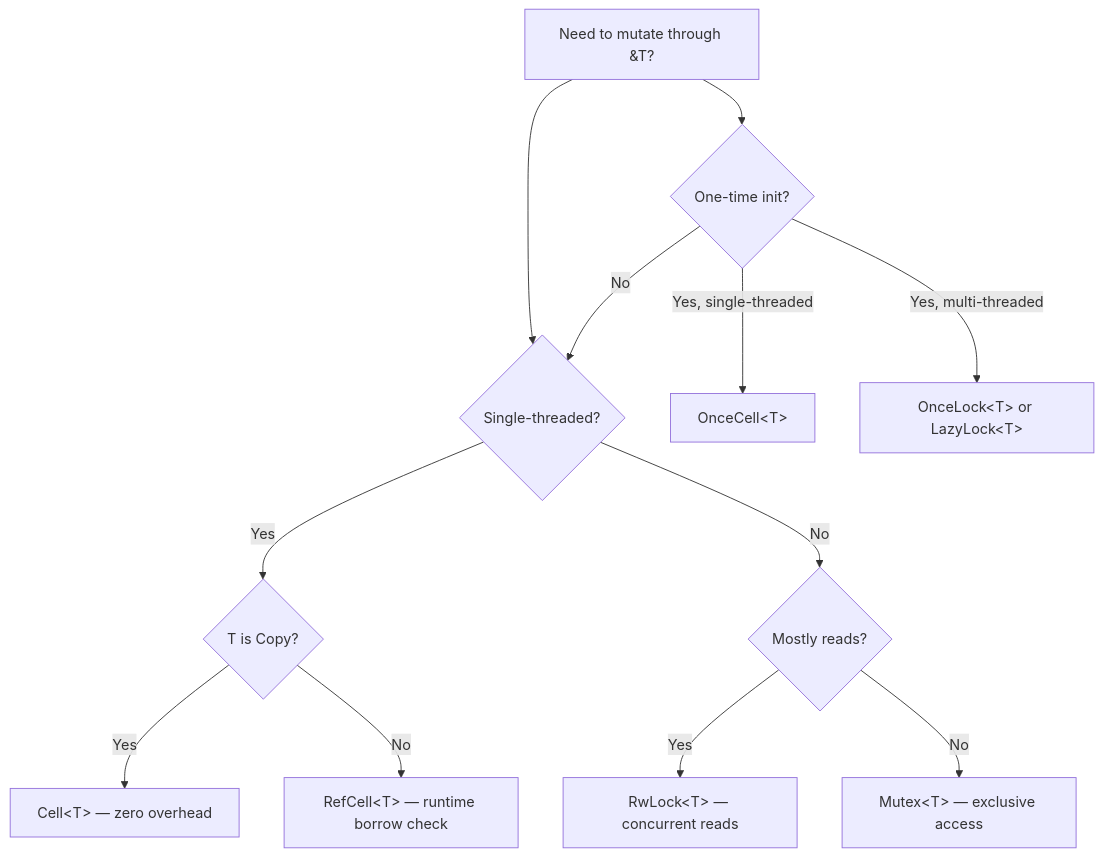
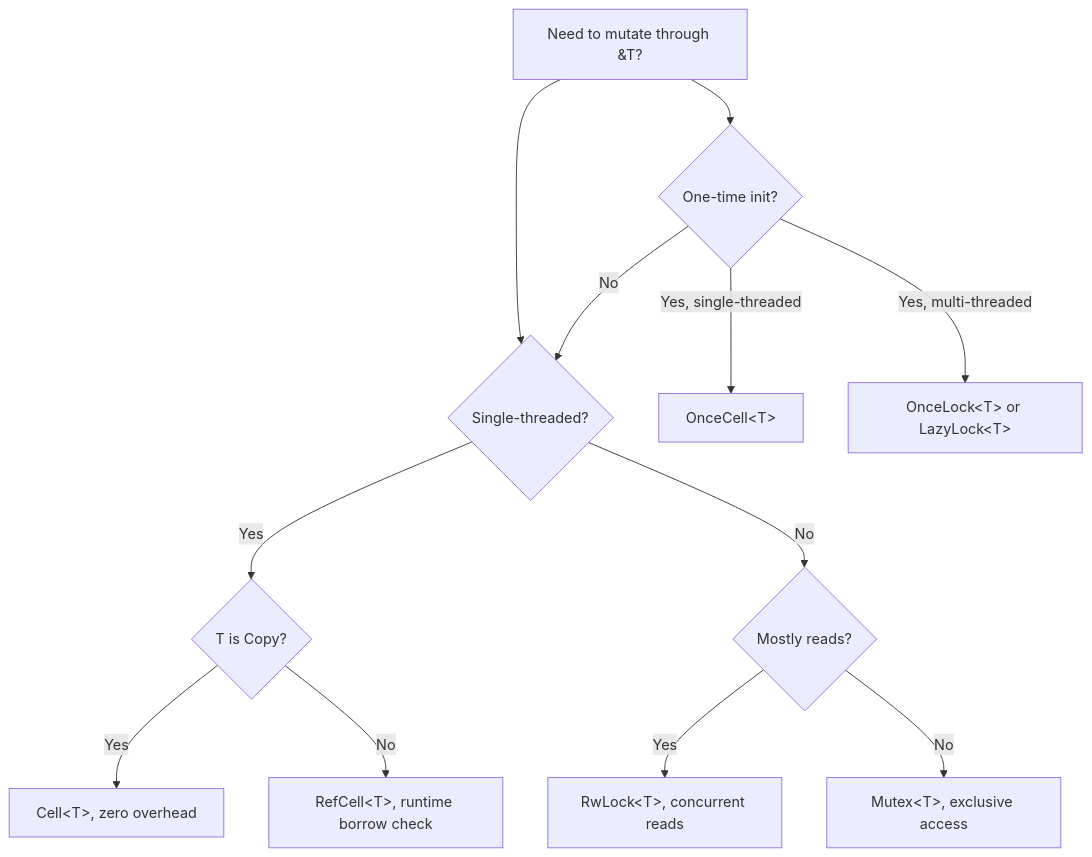
One commit to WyattAu/starlight-sites changed the diagram in sites/languages/src/content/docs/rust/02-ownership-borrowing/interior-mutability.md. Above: the diagram before and after it, drawn with Mermaid. The commit also changed other lines of this file and 3460 other files, not shown here.

````diff
--- a/sites/languages/src/content/docs/rust/02-ownership-borrowing/interior-mutability.md
+++ b/sites/languages/src/content/docs/rust/02-ownership-borrowing/interior-mutability.md
@@ -934,14 +934,14 @@
 ```mermaid
 graph TD
     A[Need to mutate through &amp;T?] --> B{Single-threaded?}
     B -->|Yes| C{T is Copy?}
-    C -->|Yes| D[Cell&lt;T&gt; — zero overhead]
-    C -->|No| E[RefCell&lt;T&gt; — runtime borrow check]
+    C -->|Yes| D[Cell&lt;T&gt;, zero overhead]
+    C -->|No| E[RefCell&lt;T&gt;, runtime borrow check]
     B -->|No| F{Mostly reads?}
-    F -->|Yes| G[RwLock&lt;T&gt; — concurrent reads]
-    F -->|No| H[Mutex&lt;T&gt; — exclusive access]
+    F -->|Yes| G[RwLock&lt;T&gt;, concurrent reads]
+    F -->|No| H[Mutex&lt;T&gt;, exclusive access]
     A --> I{One-time init?}
     I -->|Yes, single-threaded| J[OnceCell&lt;T&gt;]
     I -->|Yes, multi-threaded| K[OnceLock&lt;T&gt; or LazyLock&lt;T&gt;]
     I -->|No| B
 ```
````
